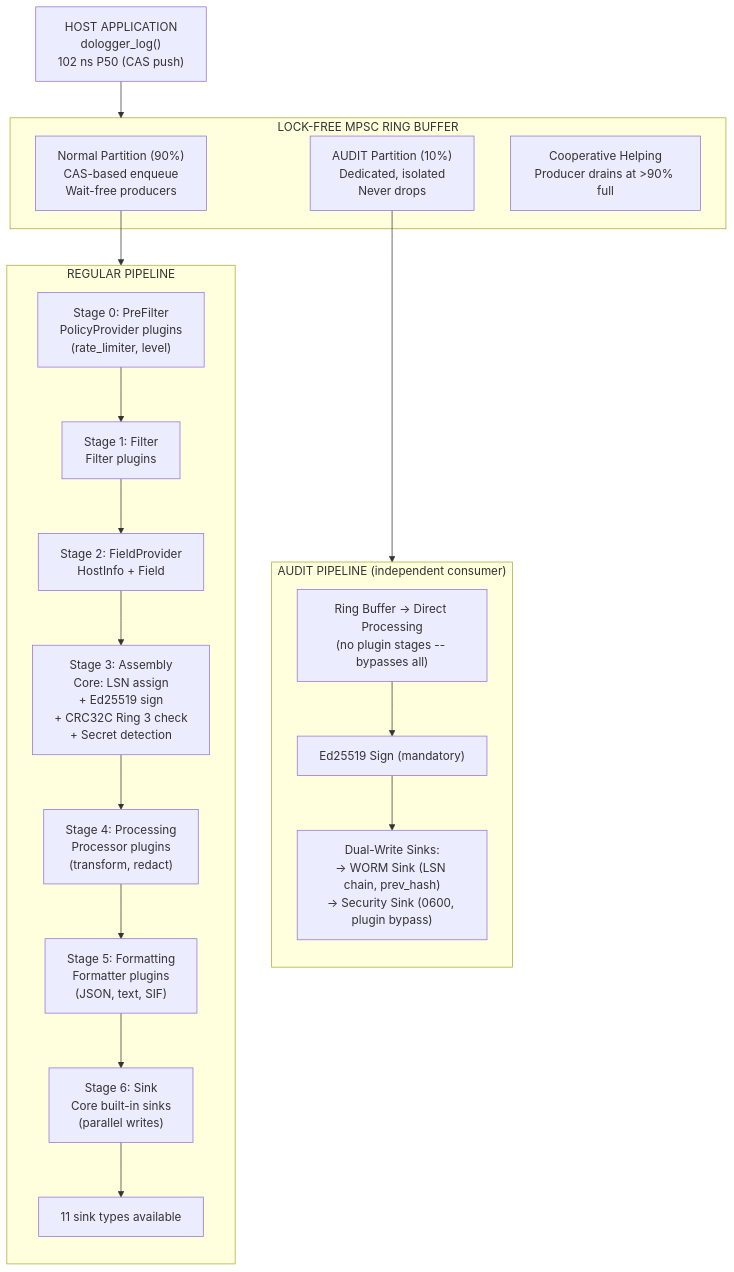
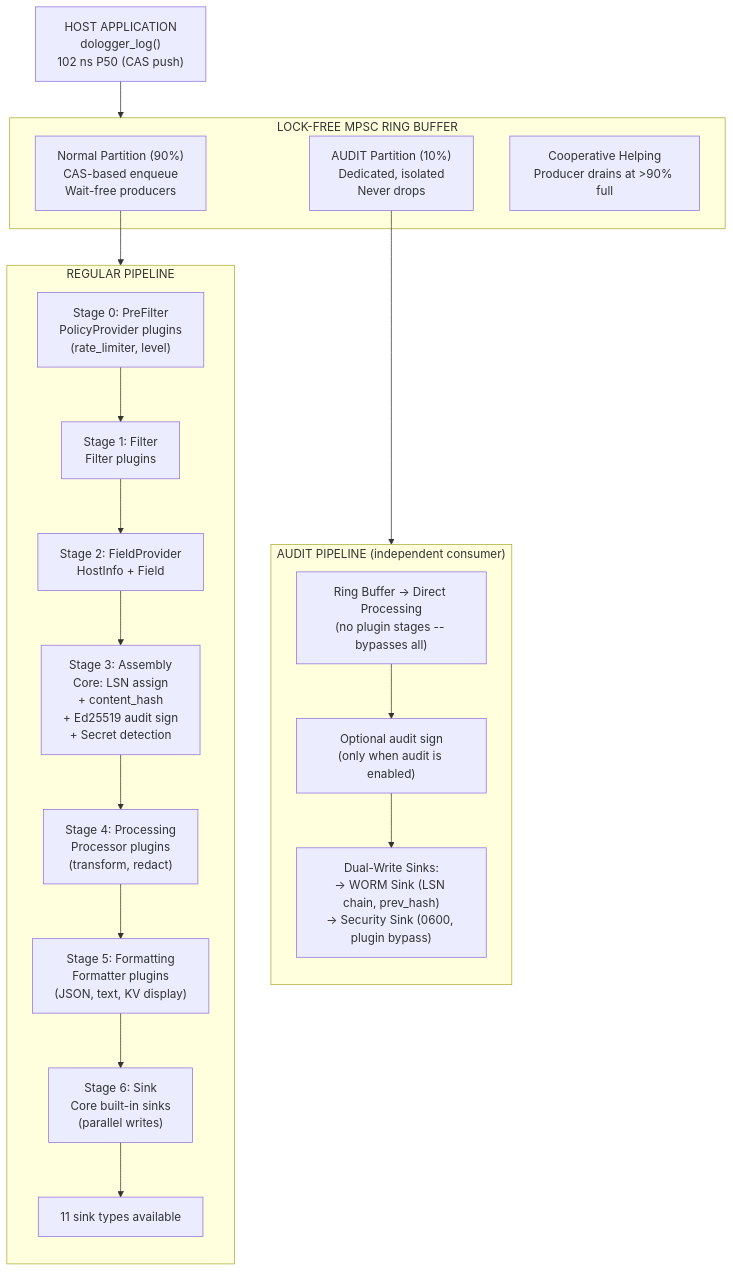
Before and after one commit to nekolio/DoLogger: the first of 11 diagrams in docs/en_US/ArchitectureReference.md, drawn with Mermaid. The commit also changed other lines of this file and 66 other files, not shown here.

````diff
--- a/docs/en_US/ArchitectureReference.md
+++ b/docs/en_US/ArchitectureReference.md
@@ -60,30 +60,30 @@
 ```mermaid
 flowchart TD
     A["HOST APPLICATION<br/>dologger_log()<br/>102 ns P50 (CAS push)"] --> RB
 
     subgraph RB["LOCK-FREE MPSC RING BUFFER"]
         B1["Normal Partition (90%)<br/>CAS-based enqueue<br/>Wait-free producers"]
         B2["AUDIT Partition (10%)<br/>Dedicated, isolated<br/>Never drops"]
         B3["Cooperative Helping<br/>Producer drains at >90% full"]
     end
 
     B1 --> RP
     B2 --> AP
 
     subgraph RP["REGULAR PIPELINE"]
         direction TB
         C0["Stage 0: PreFilter<br/>PolicyProvider plugins<br/>(rate_limiter, level)"] --> C1["Stage 1: Filter<br/>Filter plugins"]
         C1 --> C2["Stage 2: FieldProvider<br/>HostInfo + Field"]
-        C2 --> C3["Stage 3: Assembly<br/>Core: LSN assign<br/>+ Ed25519 sign<br/>+ CRC32C Ring 3 check<br/>+ Secret detection"]
+        C2 --> C3["Stage 3: Assembly<br/>Core: LSN assign<br/>+ content_hash<br/>+ Ed25519 audit sign<br/>+ Secret detection"]
         C3 --> C4["Stage 4: Processing<br/>Processor plugins<br/>(transform, redact)"]
-        C4 --> C5["Stage 5: Formatting<br/>Formatter plugins<br/>(JSON, text, SIF)"]
+        C4 --> C5["Stage 5: Formatting<br/>Formatter plugins<br/>(JSON, text, KV display)"]
         C5 --> C6["Stage 6: Sink<br/>Core built-in sinks<br/>(parallel writes)"]
         C6 --> C7["11 sink types available"]
     end
 
     subgraph AP["AUDIT PIPELINE (independent consumer)"]
         direction TB
-        D1["Ring Buffer → Direct Processing<br/>(no plugin stages -- bypasses all)"] --> D2["Ed25519 Sign (mandatory)"]
+        D1["Ring Buffer → Direct Processing<br/>(no plugin stages -- bypasses all)"] --> D2["Optional audit sign<br/>(only when audit is enabled)"]
         D2 --> D3["Dual-Write Sinks:<br/>→ WORM Sink (LSN chain, prev_hash)<br/>→ Security Sink (0600, plugin bypass)"]
     end
 ```
````
